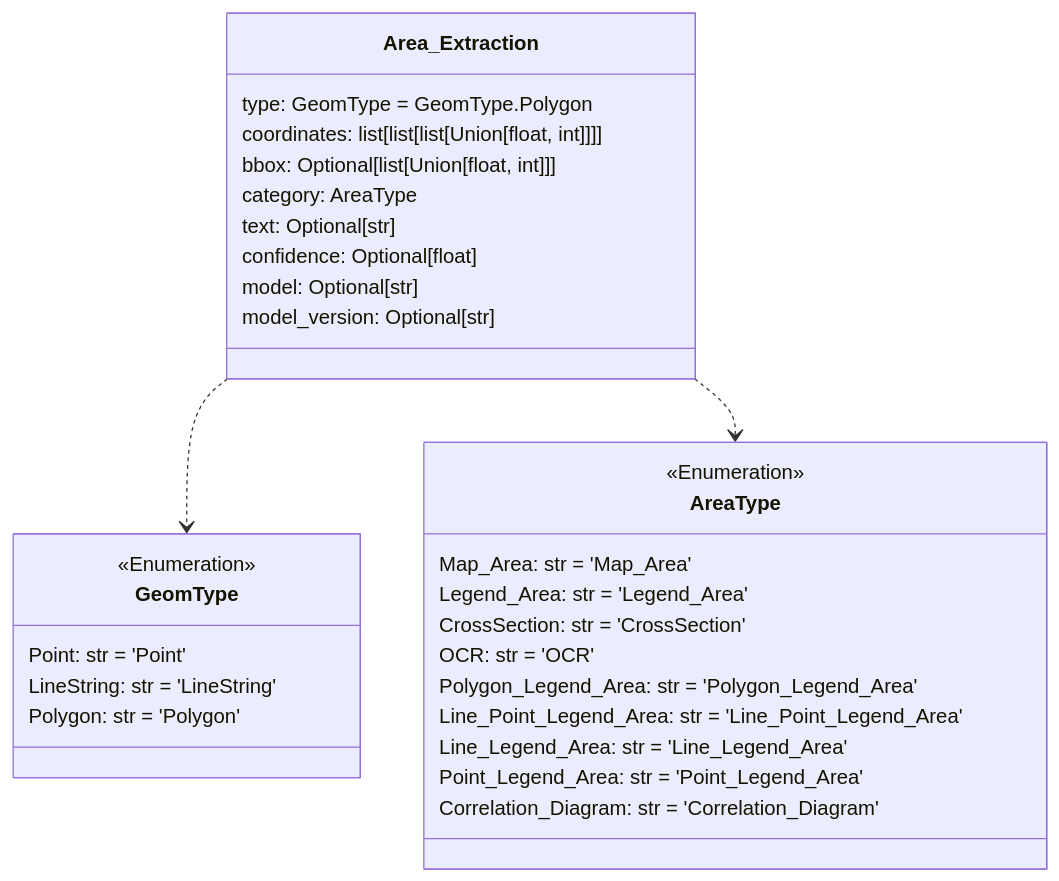
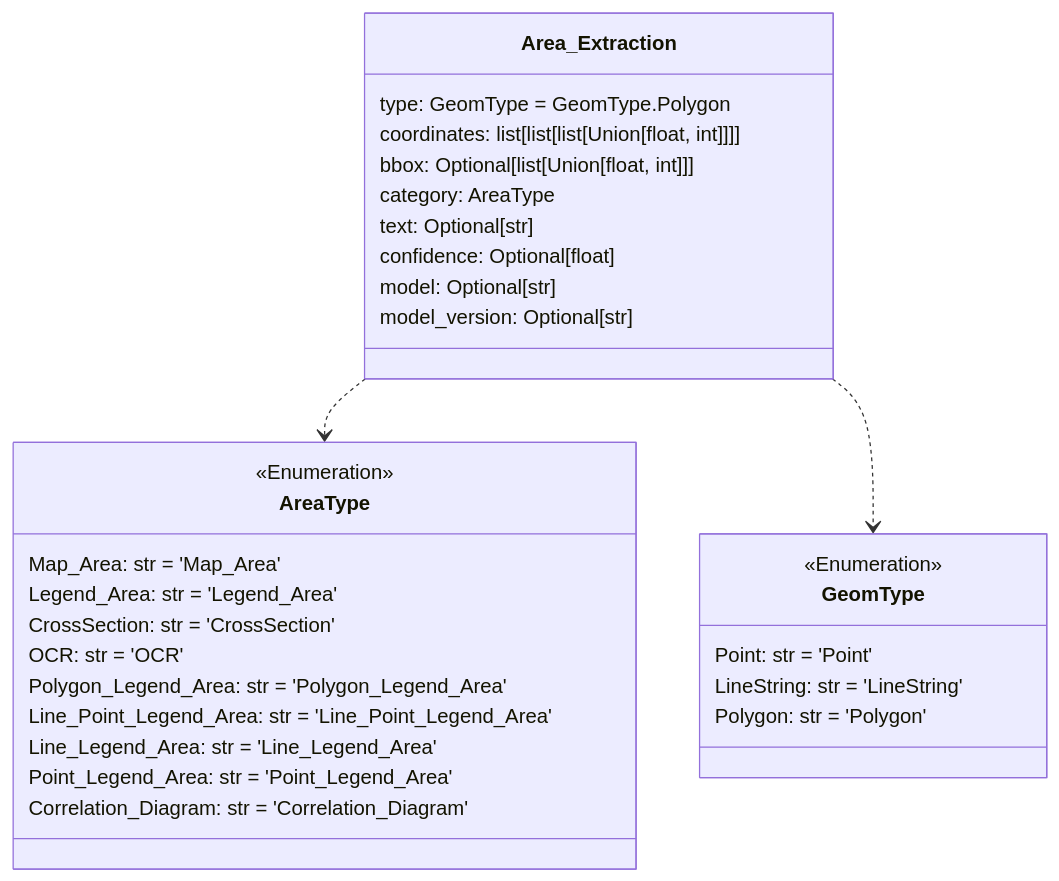
Before and after one commit to DARPA-CRITICALMAAS/cdr_schemas: the first of 12 diagrams in README.md, drawn with Mermaid. The commit also changed other lines of this file and 1 other file, not shown here.

````diff
--- a/README.md
+++ b/README.md
@@ -66,39 +66,39 @@
 ```mermaid
 classDiagram
+
+    class AreaType {
+        <<Enumeration>>
+        Map_Area: str = 'Map_Area'
+        Legend_Area: str = 'Legend_Area'
+        CrossSection: str = 'CrossSection'
+        OCR: str = 'OCR'
+        Polygon_Legend_Area: str = 'Polygon_Legend_Area'
+        Line_Point_Legend_Area: str = 'Line_Point_Legend_Area'
+        Line_Legend_Area: str = 'Line_Legend_Area'
+        Point_Legend_Area: str = 'Point_Legend_Area'
+        Correlation_Diagram: str = 'Correlation_Diagram'
+    }
 
     class GeomType {
         <<Enumeration>>
         Point: str = 'Point'
         LineString: str = 'LineString'
         Polygon: str = 'Polygon'
     }
 
     class Area_Extraction {
         type: GeomType = GeomType.Polygon
         coordinates: list[list[list[Union[float, int]]]]
         bbox: Optional[list[Union[float, int]]]
         category: AreaType
         text: Optional[str]
         confidence: Optional[float]
         model: Optional[str]
         model_version: Optional[str]
     }
 
-    class AreaType {
-        <<Enumeration>>
-        Map_Area: str = 'Map_Area'
-        Legend_Area: str = 'Legend_Area'
-        CrossSection: str = 'CrossSection'
-        OCR: str = 'OCR'
-        Polygon_Legend_Area: str = 'Polygon_Legend_Area'
-        Line_Point_Legend_Area: str = 'Line_Point_Legend_Area'
-        Line_Legend_Area: str = 'Line_Legend_Area'
-        Point_Legend_Area: str = 'Point_Legend_Area'
-        Correlation_Diagram: str = 'Correlation_Diagram'
-    }
-
+    Area_Extraction ..> AreaType
     Area_Extraction ..> GeomType
-    Area_Extraction ..> AreaType
 
 
 ```
````
